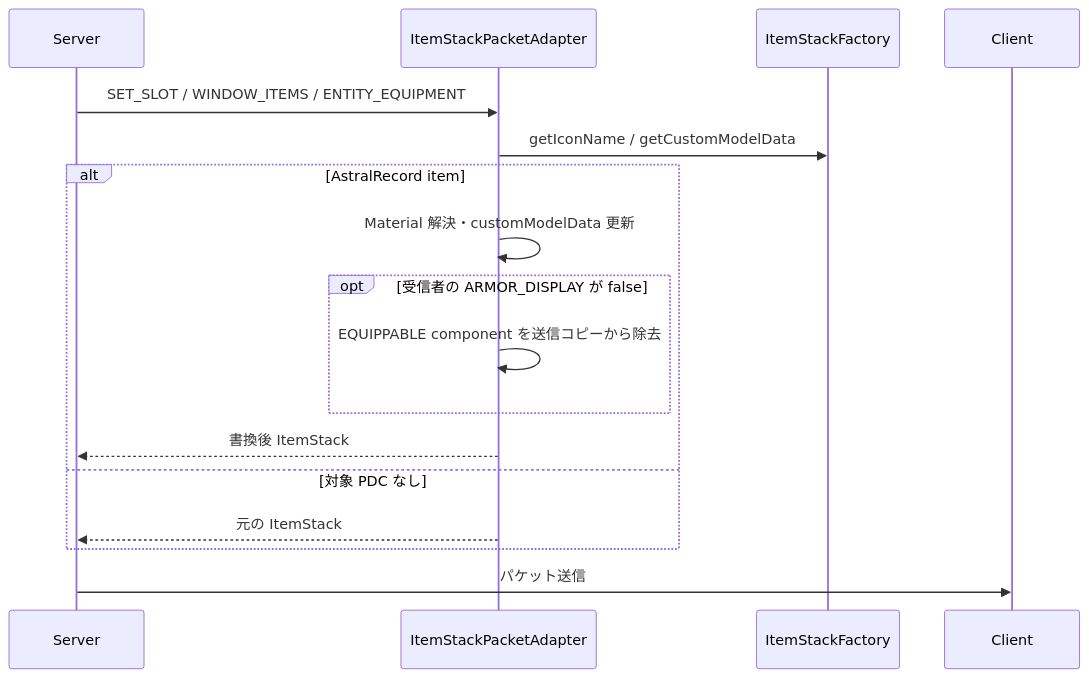
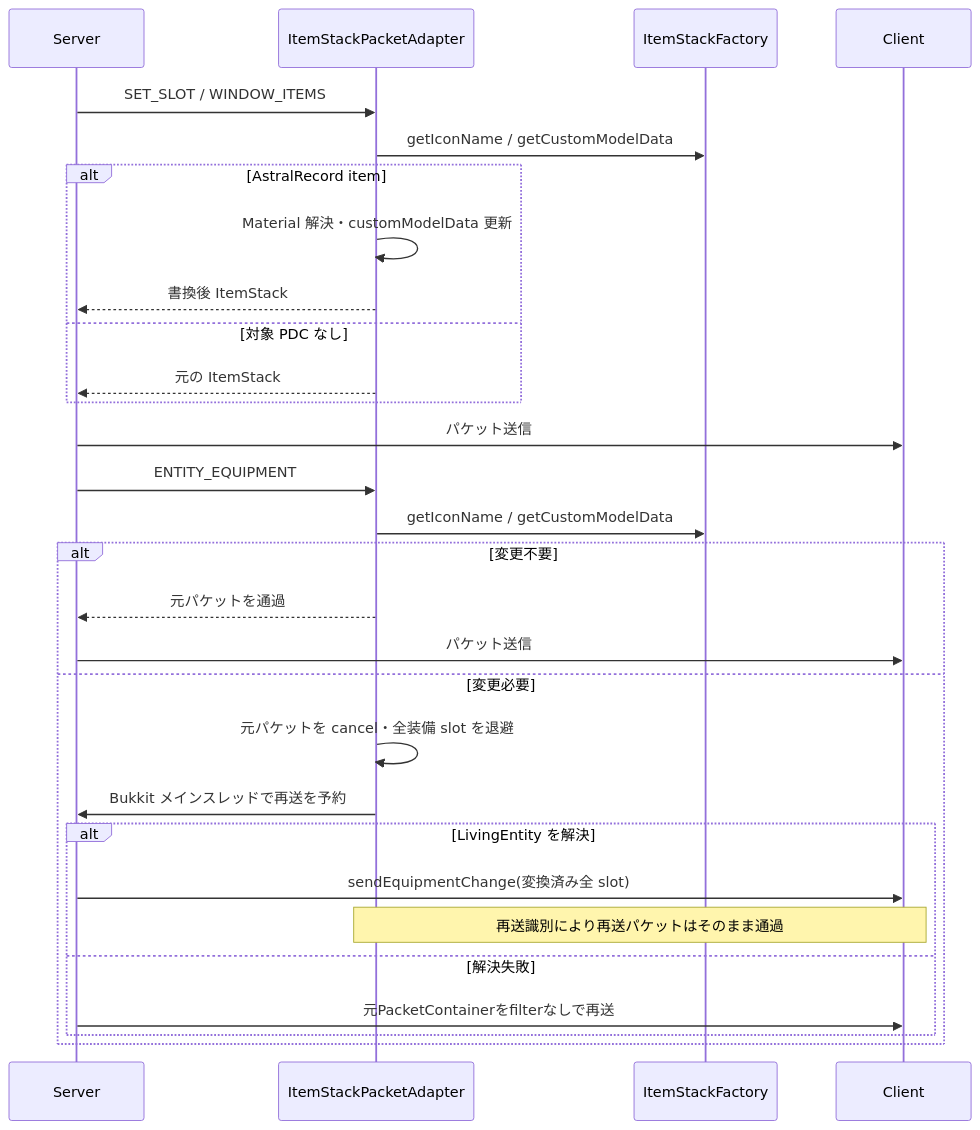
The third of 8 diagrams in 00_docs/10_Plugin設計書/feature/04-item/04_4-統合フロー.md (maaasu/AstralRecord-Workspace), drawn with Mermaid before and after one commit. The commit also changed other lines of this file and 6 other files, not shown here.

````diff
--- a/00_docs/10_Plugin設計書/feature/04-item/04_4-統合フロー.md
+++ b/00_docs/10_Plugin設計書/feature/04-item/04_4-統合フロー.md
@@ -70,20 +70,33 @@
 ```mermaid
 sequenceDiagram
     participant S as Server
     participant A as ItemStackPacketAdapter
     participant F as ItemStackFactory
     participant C as Client
 
-    S->>A: SET_SLOT / WINDOW_ITEMS / ENTITY_EQUIPMENT
+    S->>A: SET_SLOT / WINDOW_ITEMS
     A->>F: getIconName / getCustomModelData
     alt AstralRecord item
         A->>A: Material 解決・customModelData 更新
-        opt 受信者の ARMOR_DISPLAY が false
-            A->>A: EQUIPPABLE component を送信コピーから除去
-        end
         A-->>S: 書換後 ItemStack
     else 対象 PDC なし
         A-->>S: 元の ItemStack
     end
     S->>C: パケット送信
+
+    S->>A: ENTITY_EQUIPMENT
+    A->>F: getIconName / getCustomModelData
+    alt 変更不要
+        A-->>S: 元パケットを通過
+        S->>C: パケット送信
+    else 変更必要
+        A->>A: 元パケットを cancel・全装備 slot を退避
+        A->>S: Bukkit メインスレッドで再送を予約
+        alt LivingEntity を解決
+            S->>C: sendEquipmentChange(変換済み全 slot)
+            Note over A,C: 再送識別により再送パケットはそのまま通過
+        else 解決失敗
+            S->>C: 元PacketContainerをfilterなしで再送
+        end
+    end
 ```
````
